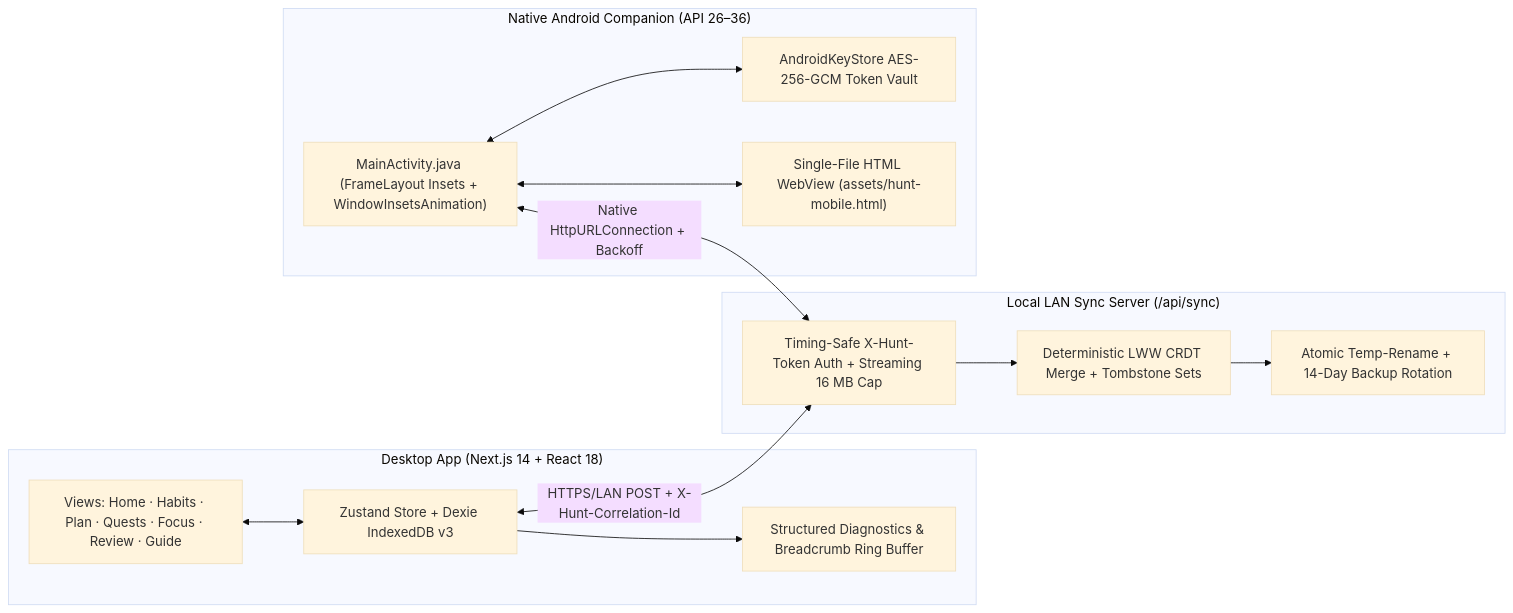
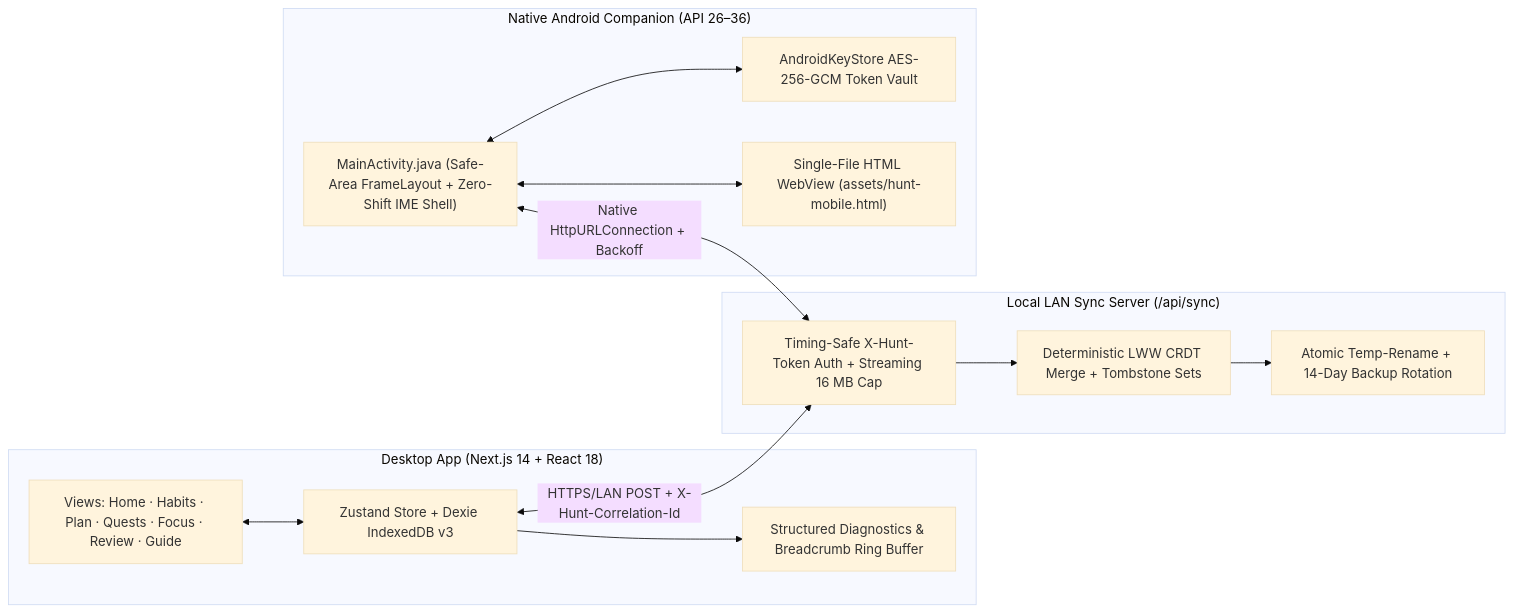
One commit to Andreas-Erick/Hunt changed the diagram in README.md. Above: the diagram before and after it, drawn with Mermaid (base theme). The commit also changed other lines of this file and 12 other files, not shown here.

Commit message:
Release v1.6.5: zero-shift mobile keyboard UX, bottom confirmation pills, 5-tab nav, and completed-task deletion

````diff
--- a/README.md
+++ b/README.md
@@ -52,28 +52,28 @@
 ```mermaid
 flowchart LR
     subgraph Desktop["Desktop App (Next.js 14 + React 18)"]
         UI["Views: Home · Habits · Plan · Quests · Focus · Review · Guide"]
         Store["Zustand Store + Dexie IndexedDB v3"]
         DiagD["Structured Diagnostics & Breadcrumb Ring Buffer"]
         UI <--> Store
         Store --> DiagD
     end
 
     subgraph Server["Local LAN Sync Server (/api/sync)"]
         Auth["Timing-Safe X-Hunt-Token Auth + Streaming 16 MB Cap"]
         CRDT["Deterministic LWW CRDT Merge + Tombstone Sets"]
         Disk["Atomic Temp-Rename + 14-Day Backup Rotation"]
         Auth --> CRDT --> Disk
     end
 
     subgraph Android["Native Android Companion (API 26–36)"]
-        Shell["MainActivity.java (FrameLayout Insets + WindowInsetsAnimation)"]
+        Shell["MainActivity.java (Safe-Area FrameLayout + Zero-Shift IME Shell)"]
         Keystore["AndroidKeyStore AES-256-GCM Token Vault"]
         Web["Single-File HTML WebView (assets/hunt-mobile.html)"]
         Shell <--> Web
         Shell <--> Keystore
     end
 
     Store <-->|"HTTPS/LAN POST + X-Hunt-Correlation-Id"| Auth
     Shell <-->|"Native HttpURLConnection + Backoff"| Auth
 ```
````
